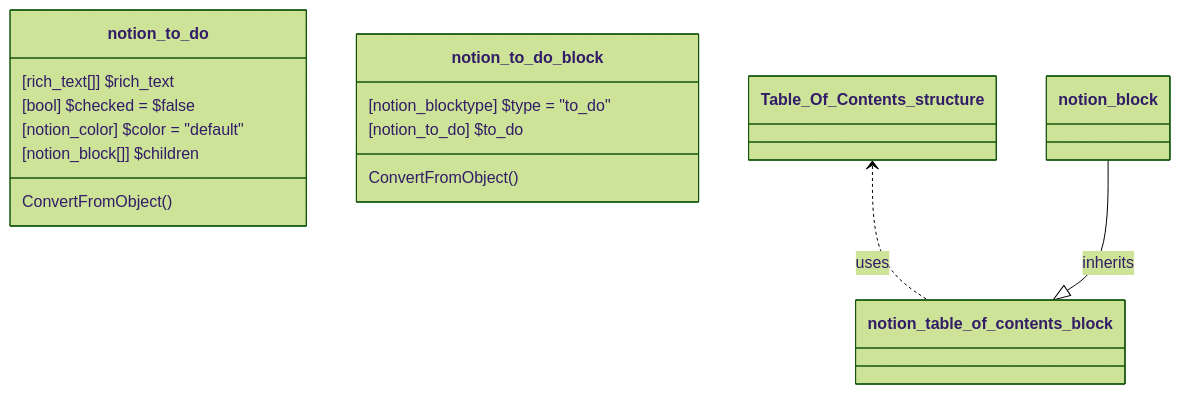
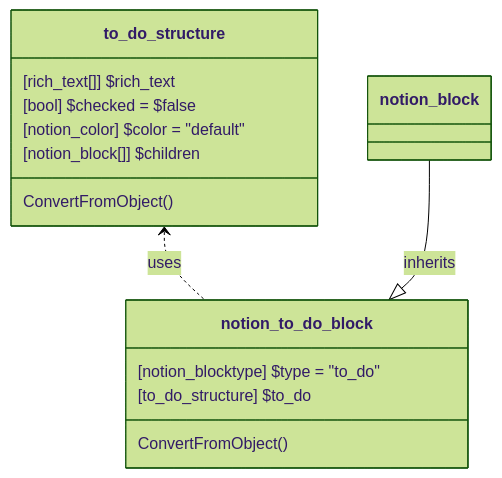
One commit to fasteiner/Notion changed the diagram in source/WikiSource/Classes/Block/31_To_do.md. Above: the diagram before and after it, drawn with Mermaid (forest theme). The commit also changed other lines of this file and 80 other files, not shown here.

````diff
--- a/source/WikiSource/Classes/Block/31_To_do.md
+++ b/source/WikiSource/Classes/Block/31_To_do.md
@@ -5,19 +5,19 @@
 ```mermaid
 classDiagram
 
-class notion_to_do {
+class to_do_structure {
     [rich_text[]] $rich_text
     [bool] $checked = $false
     [notion_color] $color = "default"
     [notion_block[]] $children
     ConvertFromObject()
 }
 
 class notion_to_do_block {
     [notion_blocktype] $type = "to_do"
-    [notion_to_do] $to_do
+    [to_do_structure] $to_do
     ConvertFromObject()
 }
-`Table_Of_Contents_structure` <.. `notion_table_of_contents_block`:uses
-`notion_block` --|> `notion_table_of_contents_block`:inherits
+`to_do_structure` <.. `notion_to_do_block`:uses
+`notion_block` --|> `notion_to_do_block`:inherits
 ```
````
